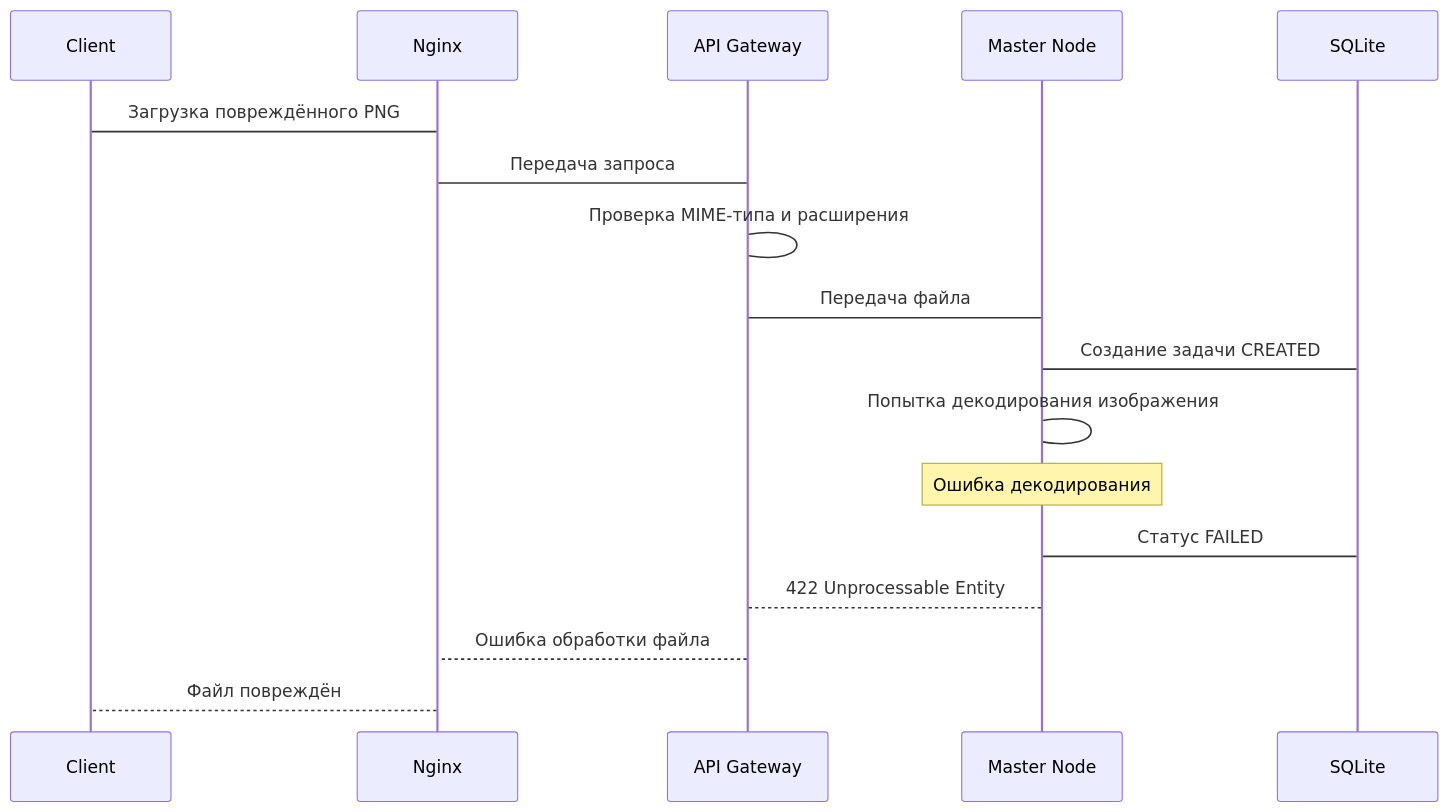
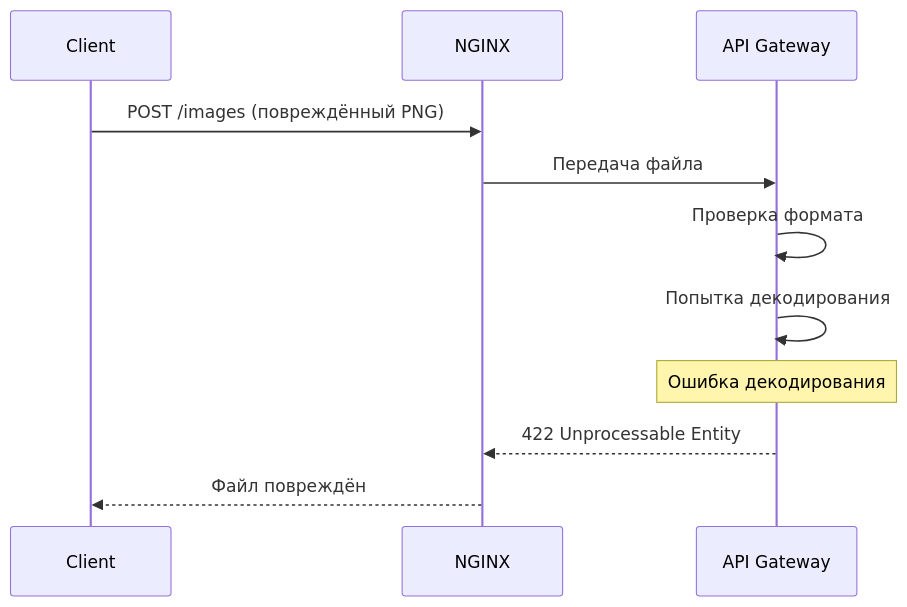
Before and after one commit to spbu-ds-practicum-2026/vibeflow: the eighth of 12 diagrams in docs/tr.md, drawn with Mermaid. The commit also changed other lines of this file, not shown here.

````diff
--- a/docs/tr.md
+++ b/docs/tr.md
@@ -407,20 +598,14 @@
 ```mermaid
 sequenceDiagram
     participant C as Client
-    participant N as Nginx
+    participant N as NGINX
     participant API as API Gateway
-    participant M as Master Node
-    participant DB as SQLite
 
-    C->N: Загрузка повреждённого PNG
-    N->API: Передача запроса
-    API->API: Проверка MIME-типа и расширения
-    API->M: Передача файла
-    M->DB: Создание задачи CREATED
-    M->M: Попытка декодирования изображения
-    Note over M: Ошибка декодирования
-    M->DB: Статус FAILED
-    M-->API: 422 Unprocessable Entity
-    API-->N: Ошибка обработки файла
-    N-->C: Файл повреждён
+    C->>N: POST /images (повреждённый PNG)
+    N->>API: Передача файла
+    API->>API: Проверка формата
+    API->>API: Попытка декодирования
+    Note over API: Ошибка декодирования
+    API-->>N: 422 Unprocessable Entity
+    N-->>C: Файл повреждён
 ```
````
